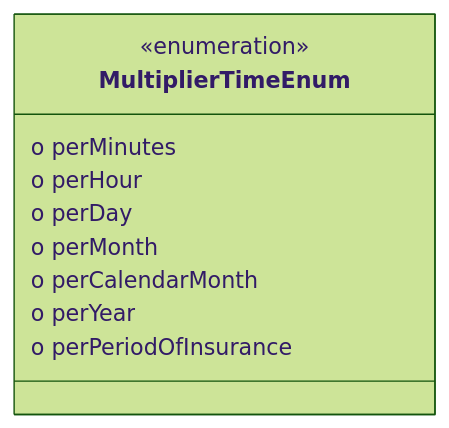
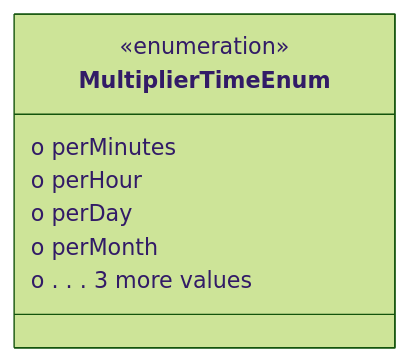
One commit to codexstanford/Insurance-Payout-Ontology changed the diagram in datamodel-build/mermaid/MultiplierTimeEnum.mmd. Above: the diagram before and after it, drawn with Mermaid (forest theme). The commit also changed 105 other files, not shown here.

```diff
--- a/datamodel-build/mermaid/MultiplierTimeEnum.mmd
+++ b/datamodel-build/mermaid/MultiplierTimeEnum.mmd
@@ -1,11 +1,9 @@
 classDiagram
 class MultiplierTimeEnum {
 <<enumeration>>
   o perMinutes
   o perHour
   o perDay
   o perMonth
-  o perCalendarMonth
-  o perYear
-  o perPeriodOfInsurance
+  o . . . 3 more values
 }
```
